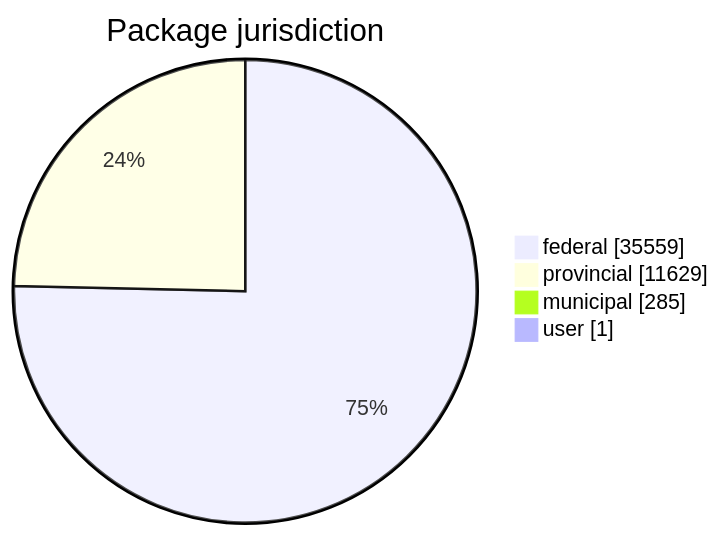
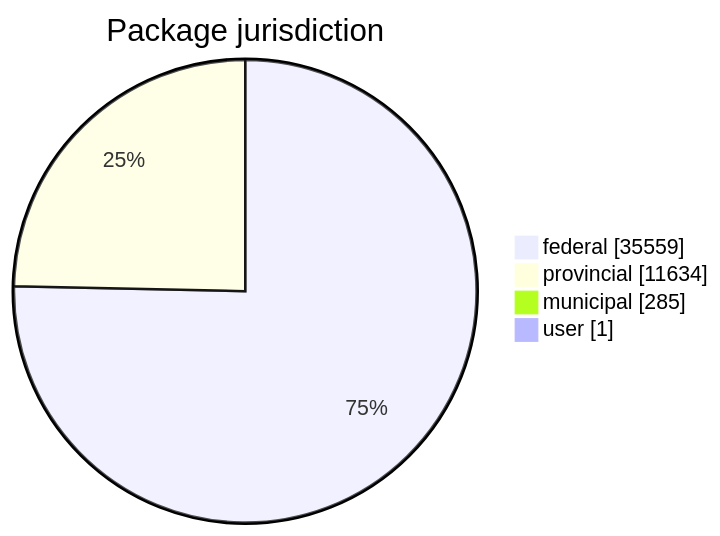
One commit to open-data/analytics-corporate-reporting changed the first of 5 diagrams in FreshCheck/README.md. Above: the diagram before and after it, drawn with Mermaid. The commit also changed other lines of this file and 3 other files, not shown here.

````diff
--- a/FreshCheck/README.md
+++ b/FreshCheck/README.md
@@ -60,7 +60,7 @@
 ```mermaid
 pie showData title Package jurisdiction
     "federal": 35559
-    "provincial": 11629
+    "provincial": 11634
     "municipal": 285
     "user": 1
 ```
````
